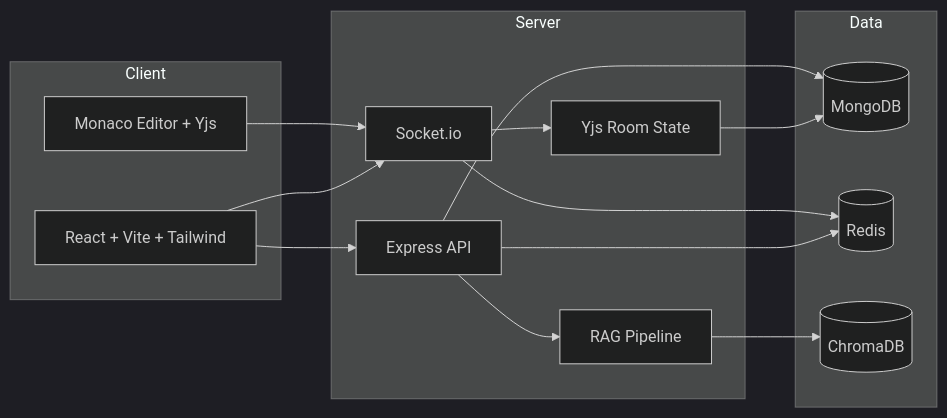
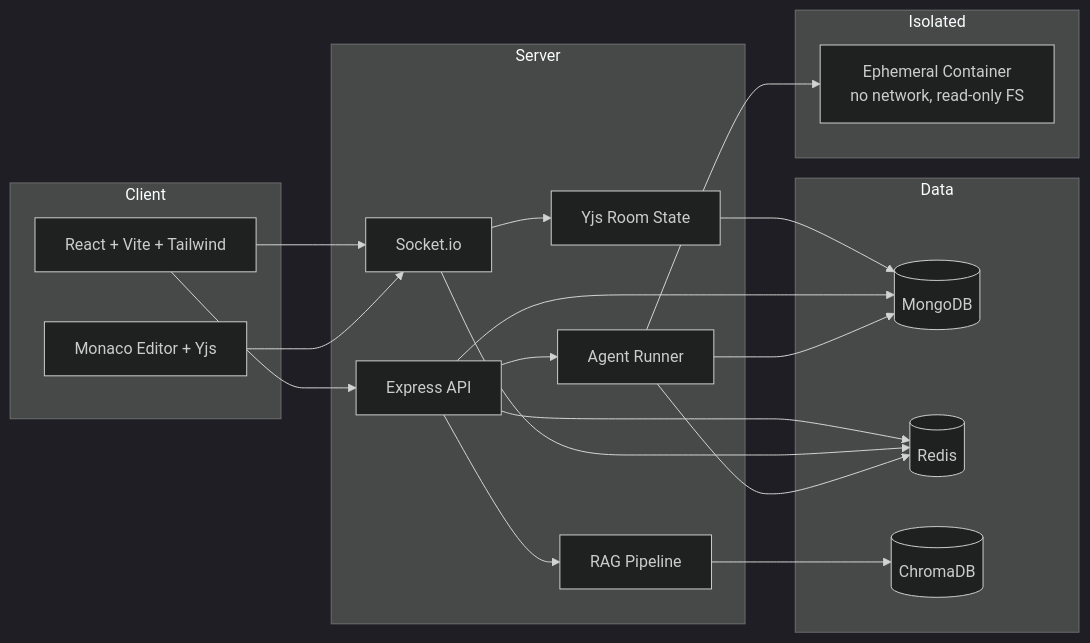
Before and after one commit to AMANJOTSINGH14/Code-Editor: the diagram in README.md, drawn with Mermaid (dark theme). The commit also changed other lines of this file, not shown here.

````diff
--- a/README.md
+++ b/README.md
@@ -7,31 +7,40 @@
 ```mermaid
 flowchart LR
   subgraph Client
     UI[React + Vite + Tailwind]
     Monaco[Monaco Editor + Yjs]
   end
 
   subgraph Server
     API[Express API]
     Socket[Socket.io]
     CRDT[Yjs Room State]
     RAG[RAG Pipeline]
+    Runner[Agent Runner]
   end
 
   subgraph Data
     Mongo[(MongoDB)]
     Redis[(Redis)]
     Chroma[(ChromaDB)]
+  end
+
+  subgraph Isolated
+    Sandbox[Ephemeral Container<br/>no network, read-only FS]
   end
 
   UI --> API
   UI --> Socket
   Monaco --> Socket
   Socket --> CRDT
   CRDT --> Mongo
   API --> Mongo
   API --> Redis
   Socket --> Redis
   RAG --> Chroma
   API --> RAG
+  API --> Runner
+  Runner --> Redis
+  Runner --> Mongo
+  Runner --> Sandbox
 ```
````
